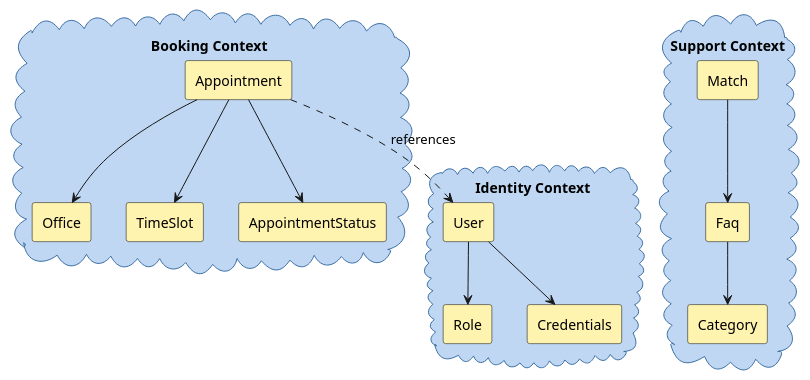
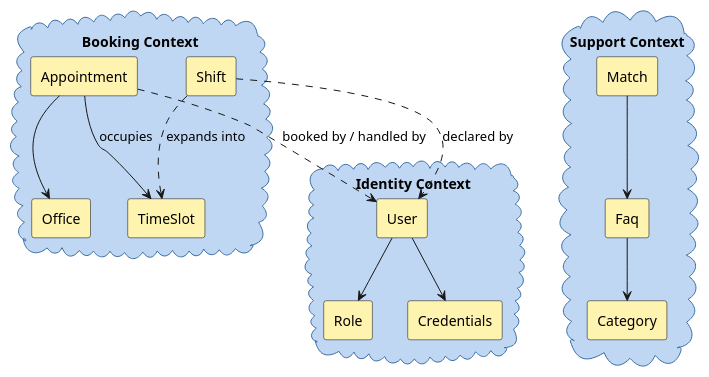
The diagram in sections/03-design/assets/ddd.puml (unibo-dtm-se-2526-PRONTO/report), drawn with PlantUML before and after one commit. The commit also changed 11 other files, not shown here.

Commit message:
docs(design): fix diagrams and unify terminology

```diff
--- a/sections/03-design/assets/ddd.puml
+++ b/sections/03-design/assets/ddd.puml
@@ -1,44 +1,45 @@
 @startuml domain-model
 skinparam packageStyle cloud
 skinparam shadowing false
 skinparam rectangle {
   BackgroundColor #FFF3B0
   BorderColor black
 }
 skinparam package {
   BackgroundColor #BFD7F2
   BorderColor #3A6EA5
   FontStyle bold
 }
 
 package "Booking Context" {
   rectangle Appointment
+  rectangle Shift
   rectangle Office
   rectangle TimeSlot
-  rectangle AppointmentStatus
 
-  Appointment --> TimeSlot
+  Shift ..> TimeSlot : expands into
+  Appointment --> TimeSlot : occupies
   Appointment --> Office
-  Appointment --> AppointmentStatus
 }
 
 package "Support Context" {
   rectangle Faq
   rectangle Category
   rectangle Match
 
   Faq --> Category
   Match --> Faq
 }
 
 package "Identity Context" {
   rectangle User
   rectangle Role
   rectangle Credentials
 
   User --> Role
   User --> Credentials
 }
 
-Appointment ..> User : references
+Appointment ..> User : booked by / handled by
+Shift ..> User : declared by
 @enduml
```
